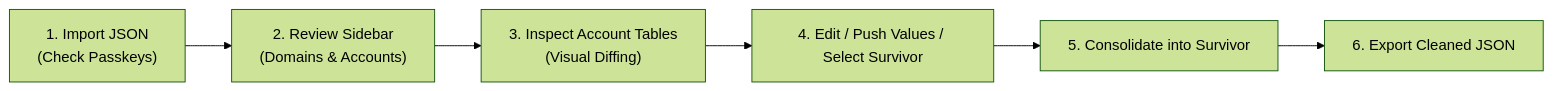
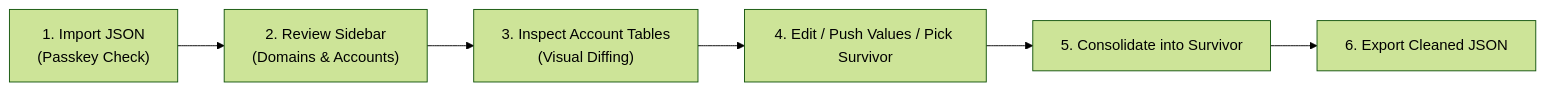
The diagram in README.md (zunaidFarouque/Bitwarden-Duplicate-Cleaner), drawn with Mermaid (forest theme) before and after one commit. The commit also changed other lines of this file and 1 other file, not shown here.

````diff
--- a/README.md
+++ b/README.md
@@ -80,8 +110,8 @@
 ```mermaid
 flowchart LR
-    A["1. Import JSON<br/>(Check Passkeys)"] --> B["2. Review Sidebar<br/>(Domains & Accounts)"]
+    A["1. Import JSON<br/>(Passkey Check)"] --> B["2. Review Sidebar<br/>(Domains & Accounts)"]
     B --> C["3. Inspect Account Tables<br/>(Visual Diffing)"]
-    C --> D["4. Edit / Push Values / Select Survivor"]
+    C --> D["4. Edit / Push Values / Pick Survivor"]
     D --> E["5. Consolidate into Survivor"]
     E --> F["6. Export Cleaned JSON"]
 ```
````
